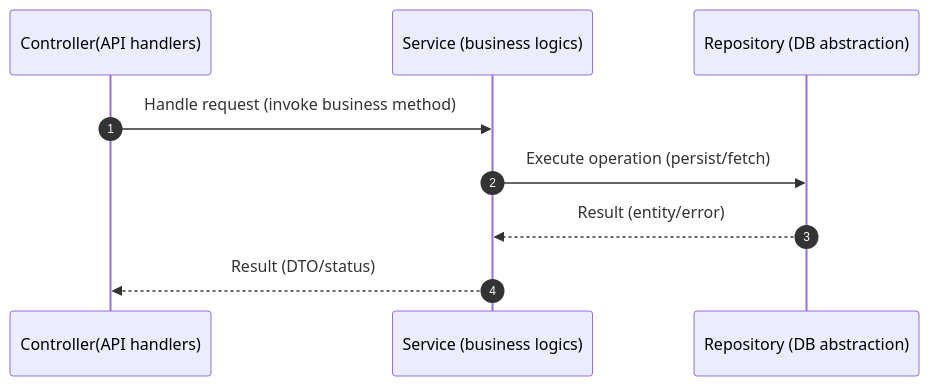
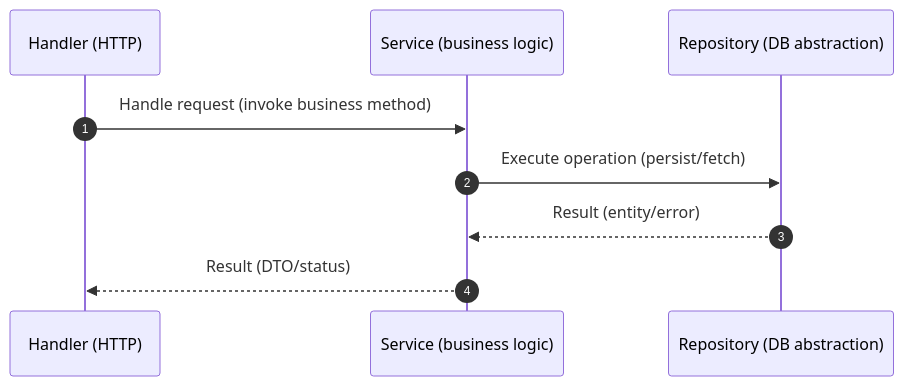
One commit to fardinabir/go-svc-boilerplate changed the diagram in README.md. Above: the diagram before and after it, drawn with Mermaid. The commit also changed other lines of this file and 55 other files, not shown here.

````diff
--- a/README.md
+++ b/README.md
@@ -87,12 +155,12 @@
 ```mermaid
 sequenceDiagram
   autonumber
-  participant Controller as Controller(API handlers)
-  participant Service as Service (business logics)
+  participant Handler as Handler (HTTP)
+  participant Service as Service (business logic)
   participant Repository as Repository (DB abstraction)
 
-  Controller->>Service: Handle request (invoke business method)
+  Handler->>Service: Handle request (invoke business method)
   Service->>Repository: Execute operation (persist/fetch)
   Repository-->>Service: Result (entity/error)
-  Service-->>Controller: Result (DTO/status)
+  Service-->>Handler: Result (DTO/status)
 ```
````
